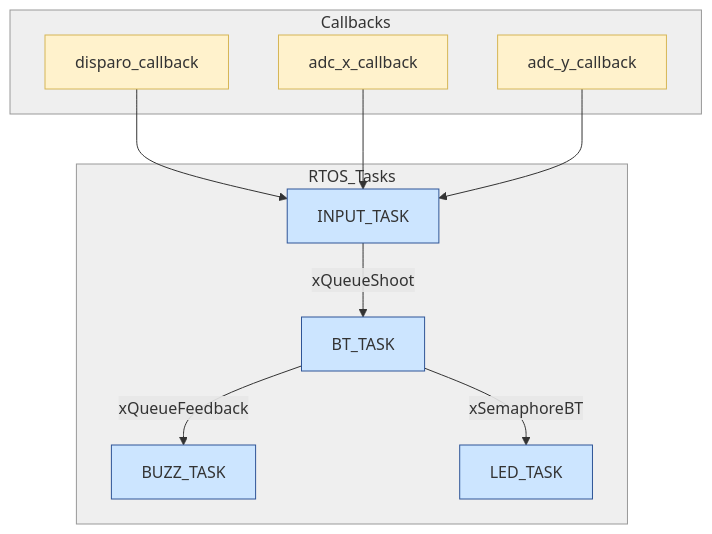
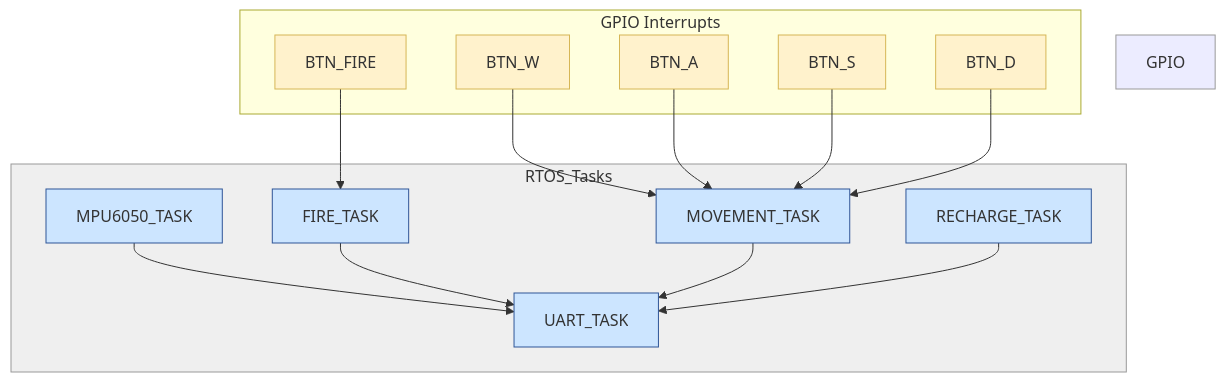
One commit to insper-classroom/25a-emb-aps-2-m-j-interactive-games changed the diagram in README.md. Above: the diagram before and after it, drawn with Mermaid. The commit also changed other lines of this file, not shown here.

````diff
--- a/README.md
+++ b/README.md
@@ -43,27 +48,35 @@
 ```mermaid
 flowchart TB
-    subgraph Callbacks
-    A[disparo_callback]
-    B[adc_x_callback]
-    C[adc_y_callback]
+    subgraph GPIO Interrupts
+    BTN_FIRE
+    BTN_W
+    BTN_A
+    BTN_S
+    BTN_D
     end
 
-    A --> INPUT_TASK
-    B --> INPUT_TASK
-    C --> INPUT_TASK
-
     subgraph RTOS_Tasks
-    INPUT_TASK -->|xQueueShoot| BT_TASK
-    BT_TASK -->|xQueueFeedback| BUZZ_TASK
-    BT_TASK -->|xSemaphoreBT| LED_TASK
+    FIRE_TASK
+    RECHARGE_TASK
+    MOVEMENT_TASK
+    MPU6050_TASK
+    UART_TASK
     end
 
-    style Callbacks fill:#EFEFEF,stroke:#999,stroke-width:1px
+    BTN_FIRE --> FIRE_TASK
+    BTN_W --> MOVEMENT_TASK
+    BTN_A --> MOVEMENT_TASK
+    BTN_S --> MOVEMENT_TASK
+    BTN_D --> MOVEMENT_TASK
+    MPU6050_TASK --> UART_TASK
+    FIRE_TASK --> UART_TASK
+    MOVEMENT_TASK --> UART_TASK
+    RECHARGE_TASK --> UART_TASK
+
+    style GPIO Interrupts fill:#EFEFEF,stroke:#999,stroke-width:1px
     style RTOS_Tasks fill:#EFEFEF,stroke:#999,stroke-width:1px
-
     classDef task fill:#CCE5FF,stroke:#2F5597,stroke-width:1px
-    classDef callback fill:#FFF2CC,stroke:#D6B656,stroke-width:1px
-
-    class A,B,C callback
-    class INPUT_TASK,BT_TASK,BUZZ_TASK,LED_TASK task
+    classDef irq fill:#FFF2CC,stroke:#D6B656,stroke-width:1px
+    class BTN_FIRE,BTN_W,BTN_A,BTN_S,BTN_D irq
+    class FIRE_TASK,RECHARGE_TASK,MOVEMENT_TASK,MPU6050_TASK,UART_TASK task
 ```
````
